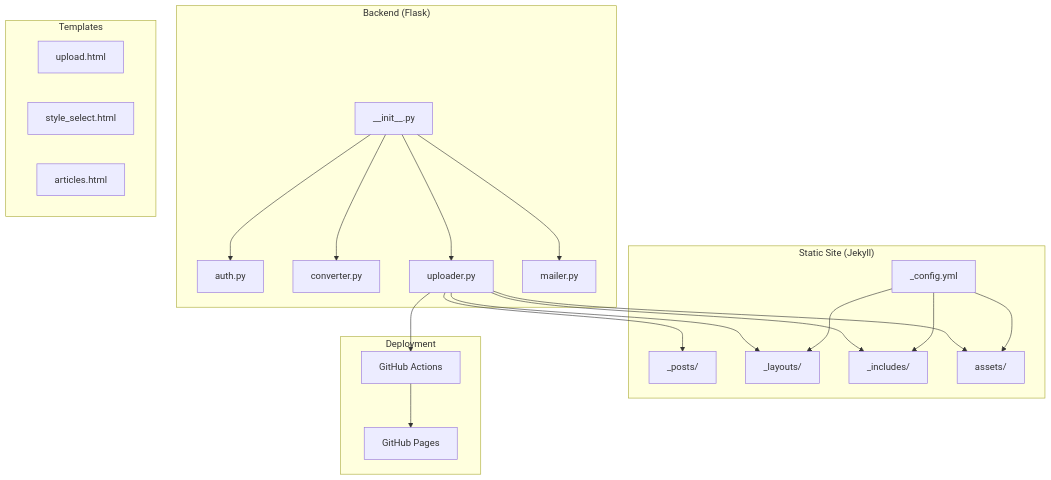
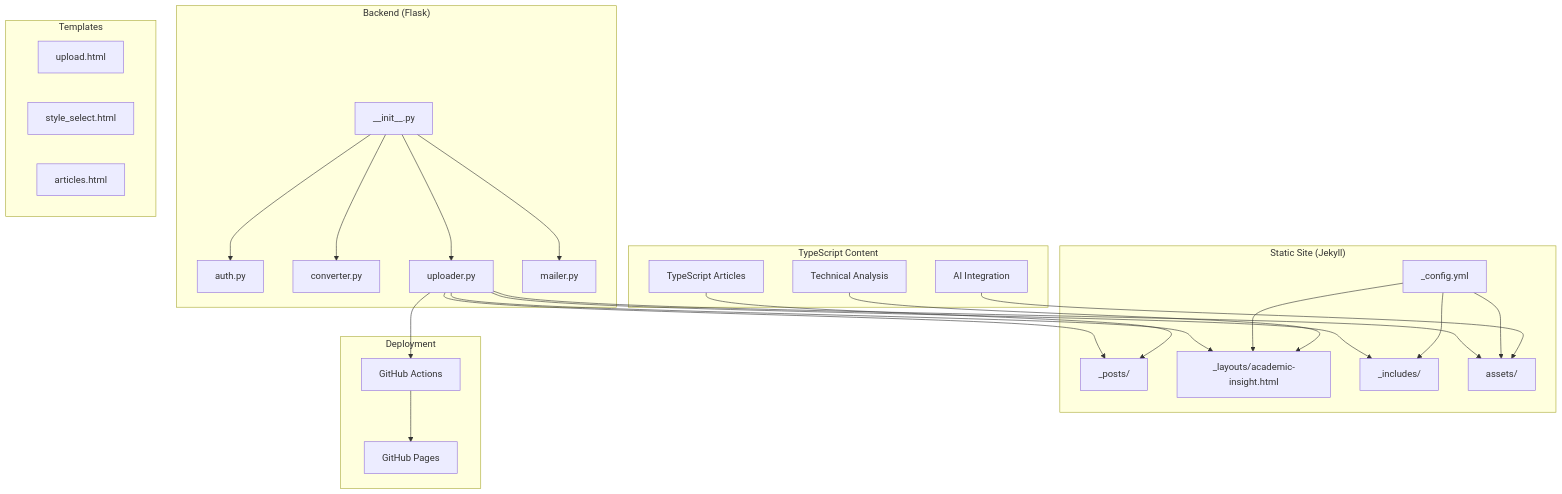
The first of 7 diagrams in .qoder/repowiki/en/content/Frontend Application/Article Presentation System/TypeScript as JavaScript's Superset.md (PolarisW007/PolaZhenJing), drawn with Mermaid before and after one commit. The commit also changed other lines of this file and 7 other files, not shown here.

````diff
--- a/.qoder/repowiki/en/content/Frontend Application/Article Presentation System/TypeScript as JavaScript's Superset.md
+++ b/.qoder/repowiki/en/content/Frontend Application/Article Presentation System/TypeScript as JavaScript's Superset.md
@@ -38,39 +52,47 @@
 ```mermaid
 graph TB
 subgraph "Backend (Flask)"
 A[__init__.py]
 B[auth.py]
 C[converter.py]
 D[uploader.py]
 E[mailer.py]
 end
 subgraph "Templates"
 T1[upload.html]
 T2[style_select.html]
 T3[articles.html]
 end
 subgraph "Static Site (Jekyll)"
 J1[_config.yml]
 J2[_posts/]
-J3[_layouts/]
+J3[_layouts/academic-insight.html]
 J4[_includes/]
 J5[assets/]
+end
+subgraph "TypeScript Content"
+TS1[TypeScript Articles]
+TS2[Technical Analysis]
+TS3[AI Integration]
 end
 subgraph "Deployment"
 G[GitHub Actions]
 P[GitHub Pages]
 end
 A --> B
 A --> C
 A --> D
 A --> E
 D --> J2
 D --> J3
 D --> J4
 D --> J5
 J1 --> J3
 J1 --> J4
 J1 --> J5
+TS1 --> J2
+TS2 --> J3
+TS3 --> J5
 G --> P
 D --> G
 ```
````
